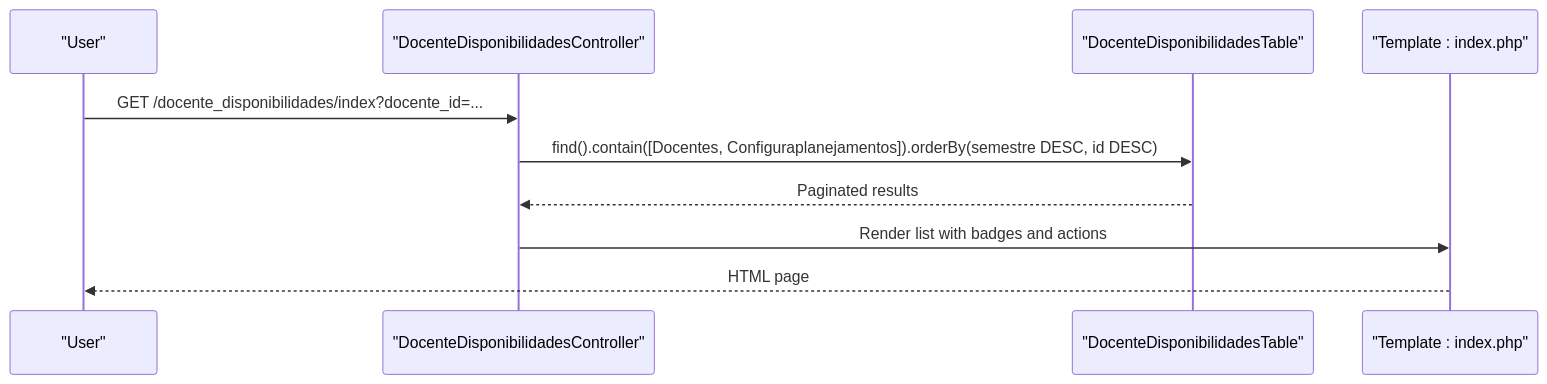
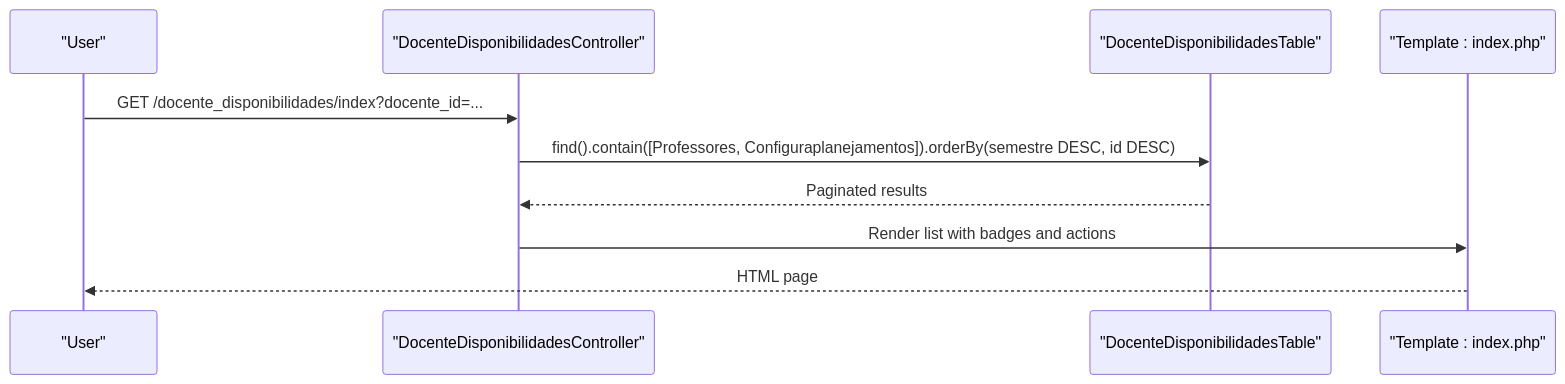
Before and after one commit to luiseduacosta/planejamento5: the fifth of 8 diagrams in .qoder/repowiki/en/content/Core Features/Faculty Management/Faculty Availability Management.md, drawn with Mermaid. The commit also changed other lines of this file and 37 other files, not shown here.

Commit message:
repowiki: rename Docentes → Professores in metadata

````diff
--- a/.qoder/repowiki/en/content/Core Features/Faculty Management/Faculty Availability Management.md
+++ b/.qoder/repowiki/en/content/Core Features/Faculty Management/Faculty Availability Management.md
@@ -232,12 +232,12 @@
 ```mermaid
 sequenceDiagram
 participant U as "User"
 participant C as "DocenteDisponibilidadesController"
 participant T as "DocenteDisponibilidadesTable"
 participant V as "Template : index.php"
 U->>C : GET /docente_disponibilidades/index?docente_id=...
-C->>T : find().contain([Docentes, Configuraplanejamentos]).orderBy(semestre DESC, id DESC)
+C->>T : find().contain([Professores, Configuraplanejamentos]).orderBy(semestre DESC, id DESC)
 T-->>C : Paginated results
 C->>V : Render list with badges and actions
 V-->>U : HTML page
 ```
````
